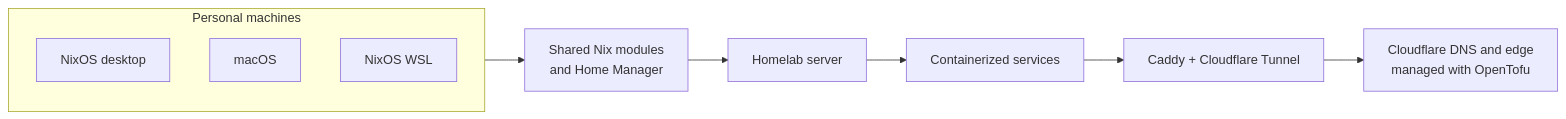
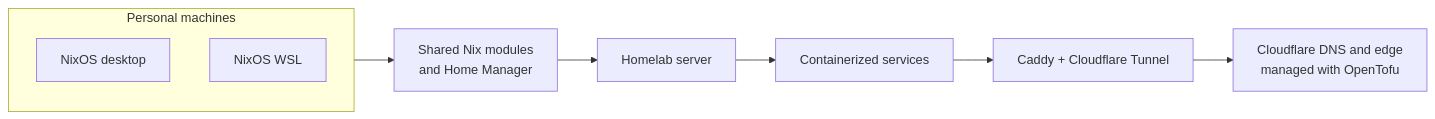
Before and after one commit to Nitestack/infrastructure: the diagram in README.md, drawn with Mermaid. The commit also changed other lines of this file and 24 other files, not shown here.

````diff
--- a/README.md
+++ b/README.md
@@ -16,18 +16,17 @@
 ```mermaid
 flowchart LR
   subgraph machines[Personal machines]
     nixstation[NixOS desktop]
-    macstation[macOS]
     wslstation[NixOS WSL]
   end
 
   shared[Shared Nix modules<br/>and Home Manager]
   homestation[Homelab server]
   services[Containerized services]
   caddy[Caddy + Cloudflare Tunnel]
   edge[Cloudflare DNS and edge<br/>managed with OpenTofu]
 
   machines --> shared
   shared --> homestation
   homestation --> services --> caddy --> edge
 ```
````
